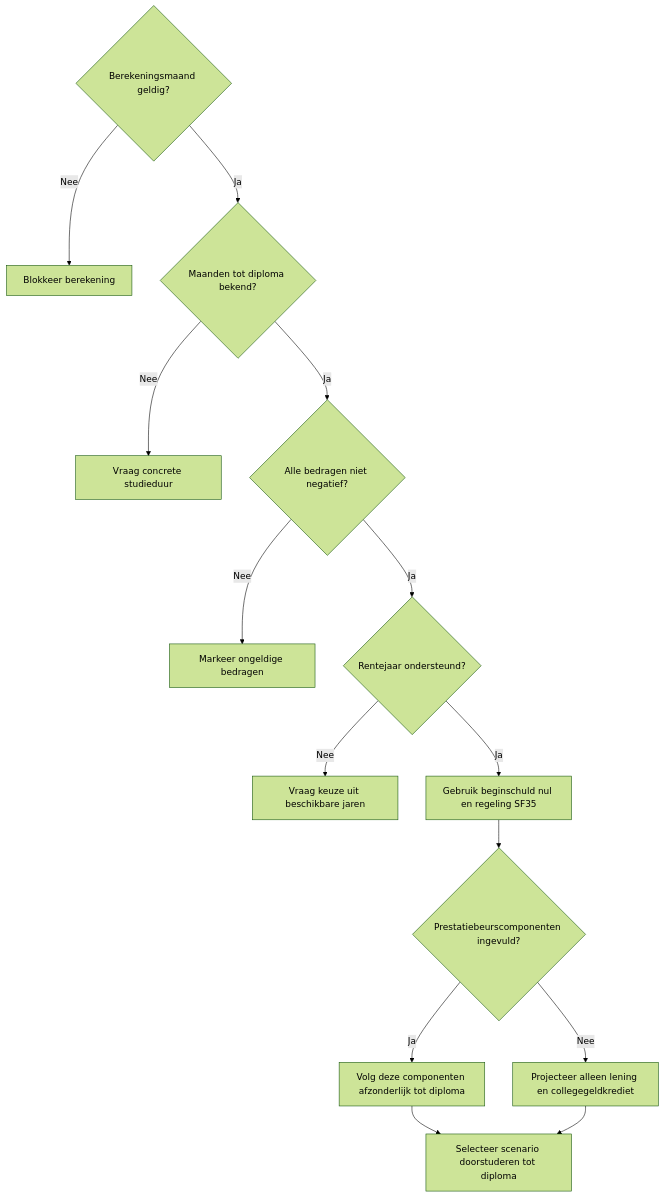
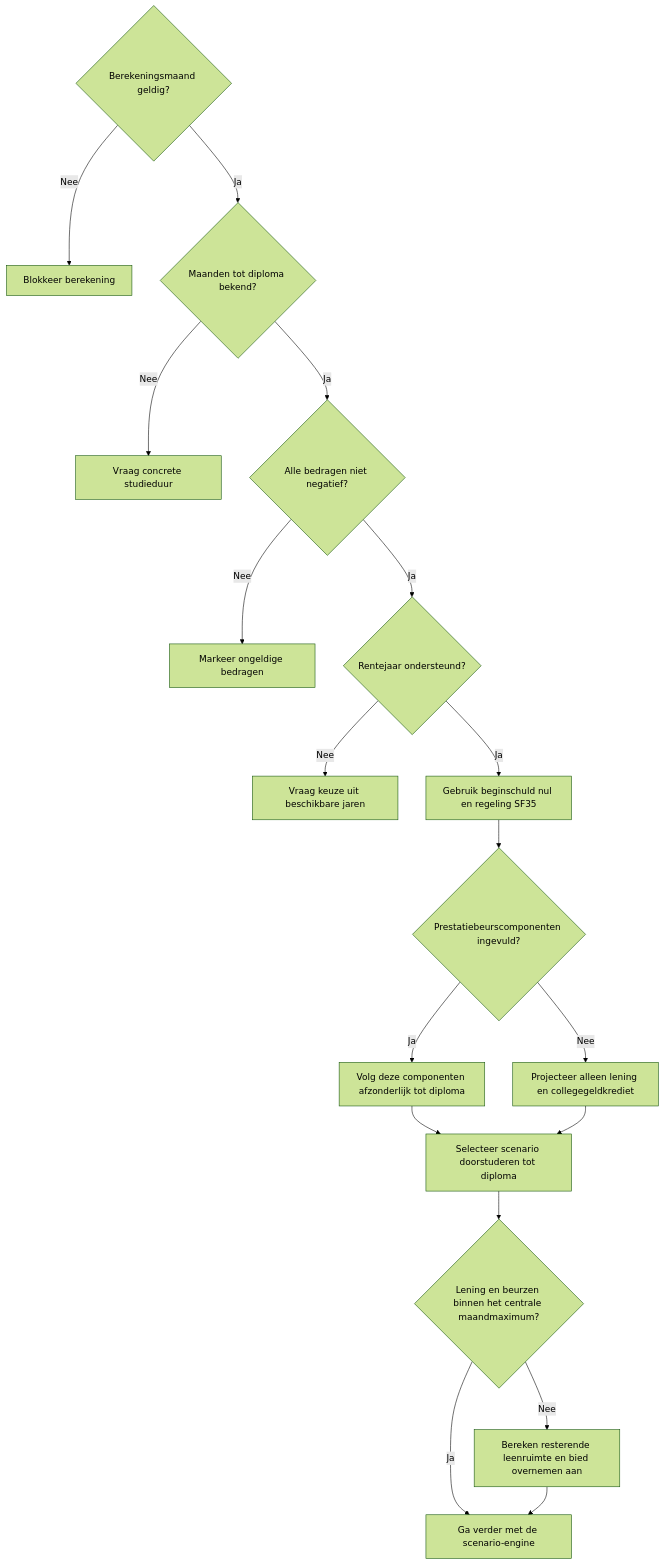
The second of 4 diagrams in apps/duo-schuld-bij-starten-lenen/PROCESS.md (oli4vos/projectwebsite), drawn with Mermaid (forest theme) before and after one commit. The commit also changed other lines of this file and 10 other files, not shown here.

````diff
--- a/apps/duo-schuld-bij-starten-lenen/PROCESS.md
+++ b/apps/duo-schuld-bij-starten-lenen/PROCESS.md
@@ -67,16 +70,20 @@
 ```mermaid
 flowchart TD
   A{Berekeningsmaand geldig?} -->|Nee| B[Blokkeer berekening]
   A -->|Ja| C{Maanden tot diploma bekend?}
   C -->|Nee| D[Vraag concrete studieduur]
   C -->|Ja| E{Alle bedragen niet negatief?}
   E -->|Nee| F[Markeer ongeldige bedragen]
   E -->|Ja| G{Rentejaar ondersteund?}
   G -->|Nee| H[Vraag keuze uit beschikbare jaren]
   G -->|Ja| I[Gebruik beginschuld nul en regeling SF35]
   I --> J{Prestatiebeurscomponenten ingevuld?}
   J -->|Ja| K[Volg deze componenten afzonderlijk tot diploma]
   J -->|Nee| L[Projecteer alleen lening en collegegeldkrediet]
   K --> M[Selecteer scenario doorstuderen tot diploma]
   L --> M
+  M --> N{Lening en beurzen binnen het centrale maandmaximum?}
+  N -->|Nee| O[Bereken resterende leenruimte en bied overnemen aan]
+  N -->|Ja| P[Ga verder met de scenario-engine]
+  O --> P
 ```
````
